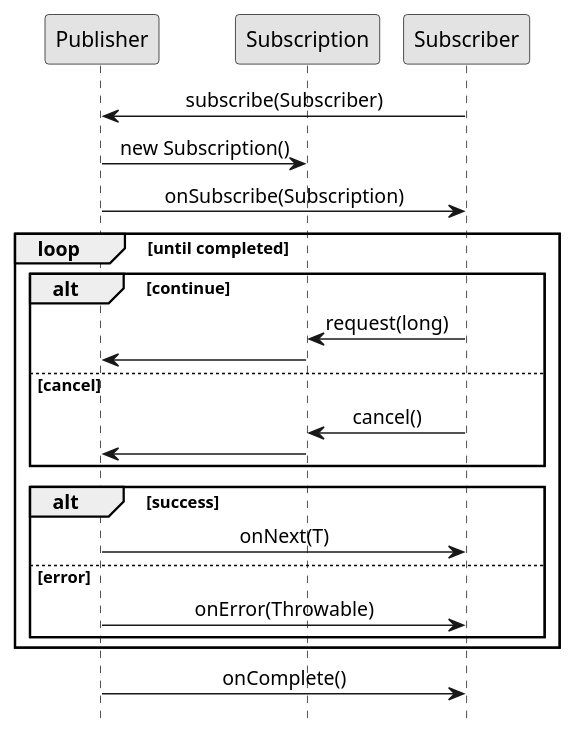
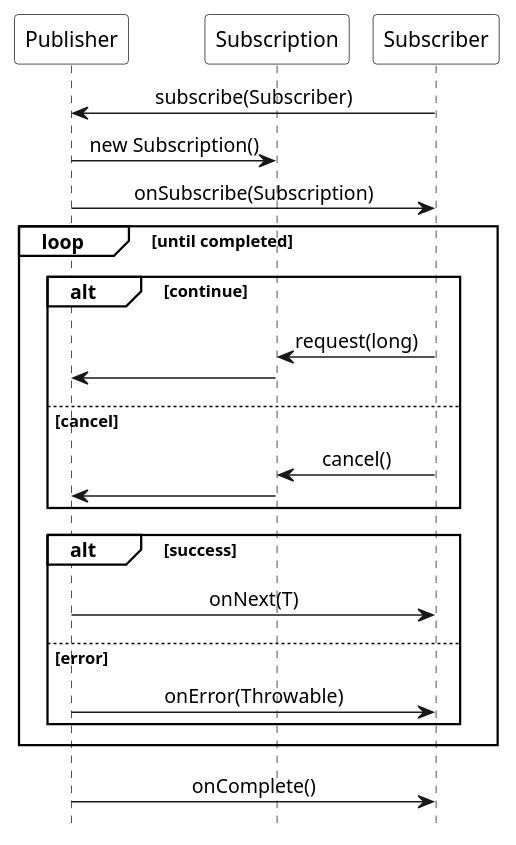
The diagram in images/diagram1.puml (ti-cortex-m4/demo-java-reactive-streams-old), drawn with PlantUML before and after one commit. The commit also changed 1 other file, not shown here.

```diff
--- a/images/diagram1.puml
+++ b/images/diagram1.puml
@@ -1,48 +1,44 @@
 @startuml
 
-'scale 1.1
-'title Reactive Streams
+scale 1.0
+
 hide footbox
+
+!pragma teoz true
+
 skinparam monochrome true
-'skinparam defaultFontName Source Sans Pro
+skinparam defaultFontName Source Sans Pro
 'skinparam titleFontSize 15
+'skinparam sequenceMessageAlign left
 skinparam sequenceMessageAlign center
-
-'skinparam sequence {
-'ArrowColor black
-'ActorBorderColor black
-'LifeLineBorderColor black
-'LifeLineBackgroundColor black
-'
-'ParticipantBorderColor black
-'ParticipantBackgroundColor white
-'ParticipantFontColor black
-'}
+skinparam participantBackgroundColor #white
+skinparam noteBackgroundColor #white
+skinparam sequenceGroupBackgroundColor #white
 
 participant Publisher
 participant Subscription
 participant Subscriber
 
 Subscriber -> Publisher : subscribe(Subscriber)
 Publisher -> Subscription : new Subscription()
 Publisher -> Subscriber : onSubscribe(Subscription)
 
 loop until completed
     alt continue
         Subscriber -> Subscription : request(long)
         Subscription -> Publisher
     else cancel
         Subscriber -> Subscription : cancel()
         Subscription -> Publisher
     end
 
     alt success
         Publisher -> Subscriber : onNext(T)
     else error
         Publisher -> Subscriber : onError(Throwable)
     end
 end
 
 Publisher -> Subscriber : onComplete()
 
 @enduml
```
